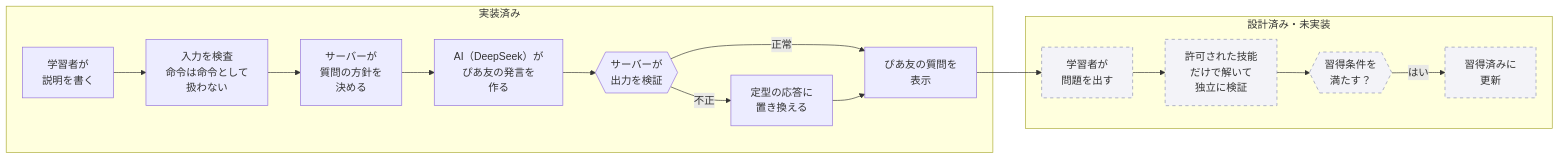
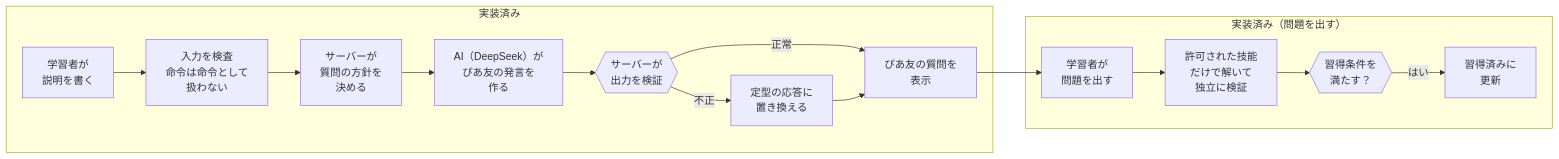
One commit to zawaumi/2026TND-Oct-Hackathon-Team1 changed the diagram in README.md. Above: the diagram before and after it, drawn with Mermaid. The commit also changed other lines of this file and 3 other files, not shown here.

````diff
--- a/README.md
+++ b/README.md
@@ -38,20 +38,18 @@
 ```mermaid
 flowchart LR
   subgraph done["実装済み"]
     A["学習者が<br/>説明を書く"] --> B["入力を検査<br/>命令は命令として<br/>扱わない"]
     B --> C["サーバーが<br/>質問の方針を<br/>決める"]
     C --> D["AI（DeepSeek）が<br/>ぴあ友の発言を<br/>作る"]
     D --> E{{"サーバーが<br/>出力を検証"}}
     E -- 不正 --> F["定型の応答に<br/>置き換える"]
     E -- 正常 --> G["ぴあ友の質問を<br/>表示"]
     F --> G
   end
-  subgraph todo["設計済み・未実装"]
+  subgraph done2["実装済み（問題を出す）"]
     H["学習者が<br/>問題を出す"] --> I["許可された技能<br/>だけで解いて<br/>独立に検証"]
     I --> J{{"習得条件を<br/>満たす？"}}
     J -- はい --> K["習得済みに<br/>更新"]
   end
   G --> H
-  classDef todoStyle fill:#F3F3F8,stroke:#8A8FB0,stroke-dasharray:5 5
-  class H,I,J,K todoStyle
 ```
````
